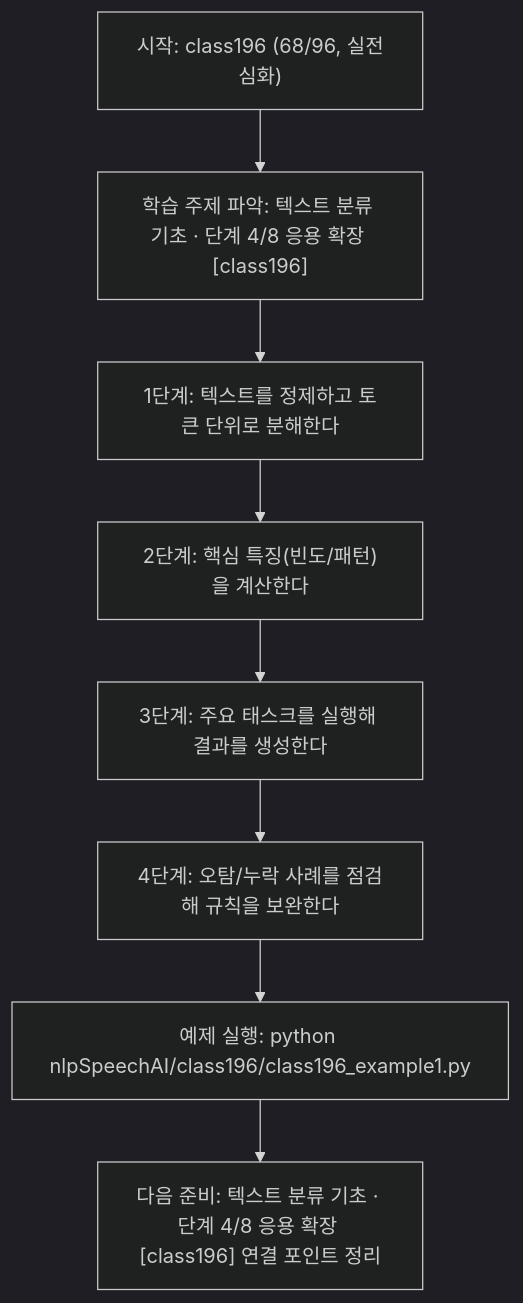
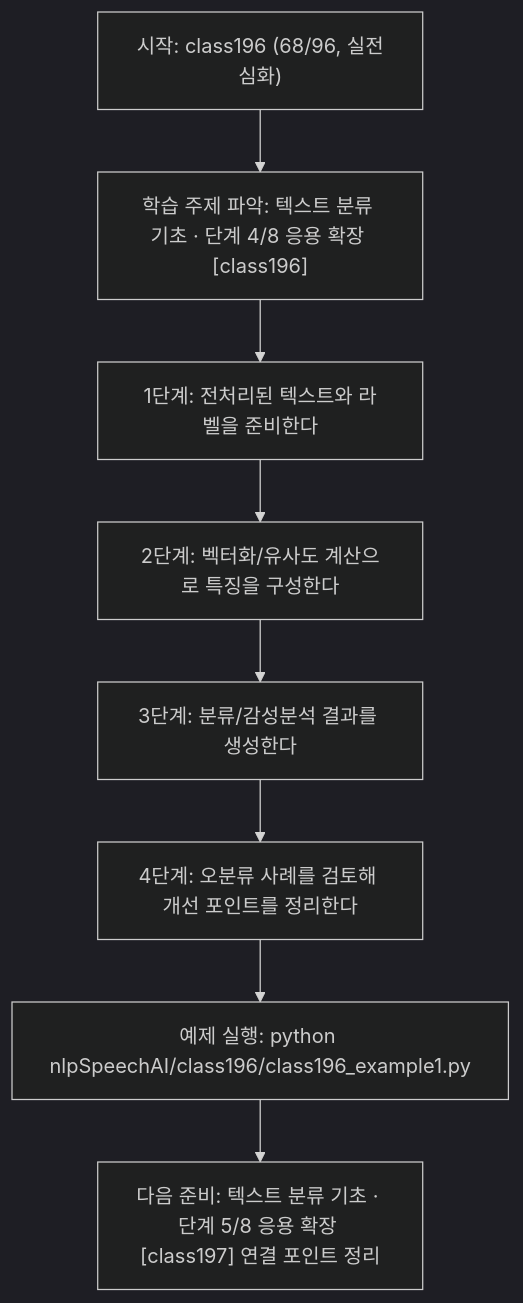
The diagram in nlpSpeechAI/class196/class196.md (edumgt/Python-AI_Agent-Class), drawn with Mermaid (dark theme) before and after one commit. The commit also changed other lines of this file and 1122 other files, not shown here.

````diff
--- a/nlpSpeechAI/class196/class196.md
+++ b/nlpSpeechAI/class196/class196.md
@@ -114,18 +95,18 @@
 ```mermaid
 flowchart TD
 N1["시작: class196 (68/96, 실전심화)"]
 N2["학습 주제 파악: 텍스트 분류 기초 · 단계 4/8 응용 확장 [class196]"]
-N3["1단계: 텍스트를 정제하고 토큰 단위로 분해한다"]
-N4["2단계: 핵심 특징(빈도/패턴)을 계산한다"]
-N5["3단계: 주요 태스크를 실행해 결과를 생성한다"]
-N6["4단계: 오탐/누락 사례를 점검해 규칙을 보완한다"]
+N3["1단계: 전처리된 텍스트와 라벨을 준비한다"]
+N4["2단계: 벡터화/유사도 계산으로 특징을 구성한다"]
+N5["3단계: 분류/감성분석 결과를 생성한다"]
+N6["4단계: 오분류 사례를 검토해 개선 포인트를 정리한다"]
 N7["예제 실행: python nlpSpeechAI/class196/class196_example1.py"]
-N8["다음 준비: 텍스트 분류 기초 · 단계 4/8 응용 확장 [class196] 연결 포인트 정리"]
+N8["다음 준비: 텍스트 분류 기초 · 단계 5/8 응용 확장 [class197] 연결 포인트 정리"]
 N1 --> N2
 N2 --> N3
 N3 --> N4
 N4 --> N5
 N5 --> N6
 N6 --> N7
 N7 --> N8
 ```
````
